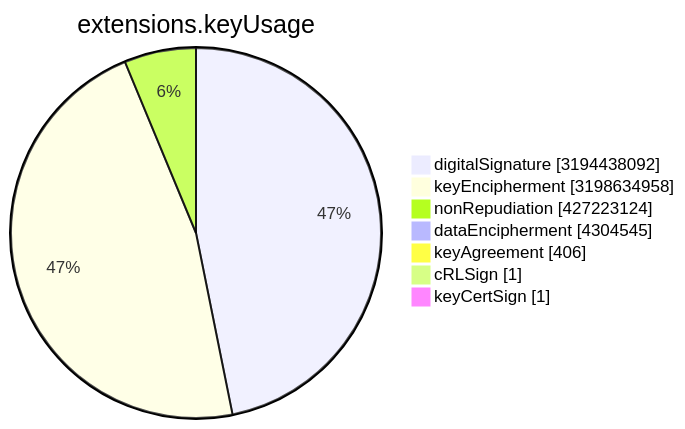
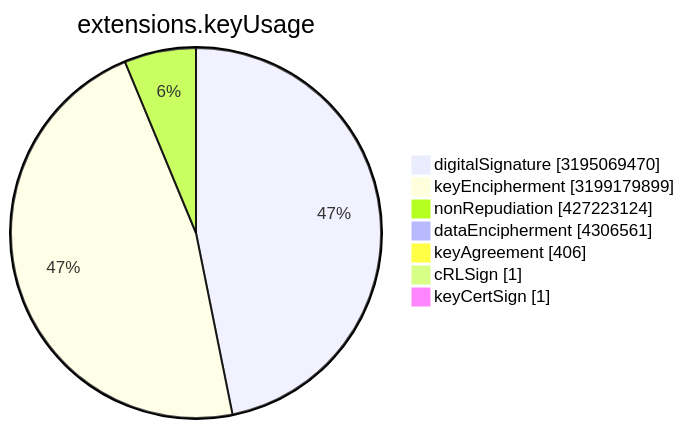
One commit to christiankrug/ctmonitor_visualization changed the sixth of 15 diagrams in TOTAL/README.md. Above: the diagram before and after it, drawn with Mermaid. The commit also changed other lines of this file, not shown here.

````diff
--- a/TOTAL/README.md
+++ b/TOTAL/README.md
@@ -3077,11 +3077,11 @@
 ```mermaid
 pie showData
 title extensions.keyUsage
-"digitalSignature" :3194438092
-"keyEncipherment" :3198634958
+"digitalSignature" :3195069470
+"keyEncipherment" :3199179899
 "nonRepudiation" :427223124
-"dataEncipherment" :4304545
+"dataEncipherment" :4306561
 "keyAgreement" :406
 "cRLSign" :1
 "keyCertSign" :1
 ```
````
